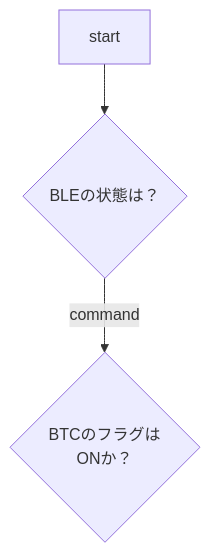
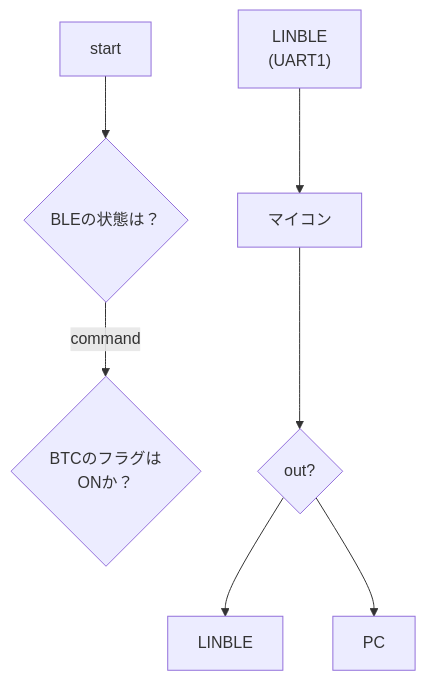
Before and after one commit to hakohumi/comp.train.STM32_Basics: the first of 2 diagrams in Train7_BLE/flowchart.md, drawn with Mermaid. The commit also changed other lines of this file and 3 other files, not shown here.

````diff
--- a/Train7_BLE/flowchart.md
+++ b/Train7_BLE/flowchart.md
@@ -3,11 +3,14 @@
 ``` mermaid
 graph TD;
 
 start --> ble_state{"BLEの状態は？"}
 
 ble_state -- command --> flg_BTC{"BTCのフラグは<br>ONか？"}
 
 
-
+UART1["LINBLE<br>(UART1)"] --> micon["マイコン"]
+micon --> if_out{out?}
+if_out --> uart1["LINBLE"]
+if_out --> uart2["PC"]
 
 ```
````
